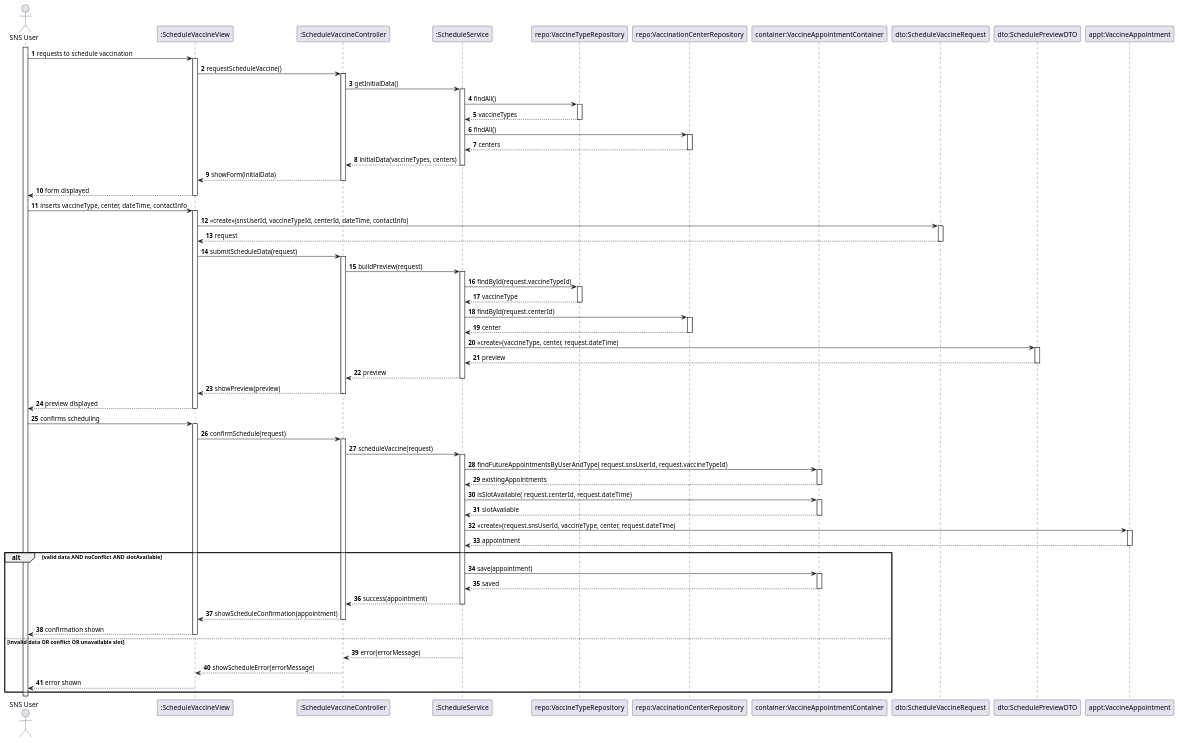
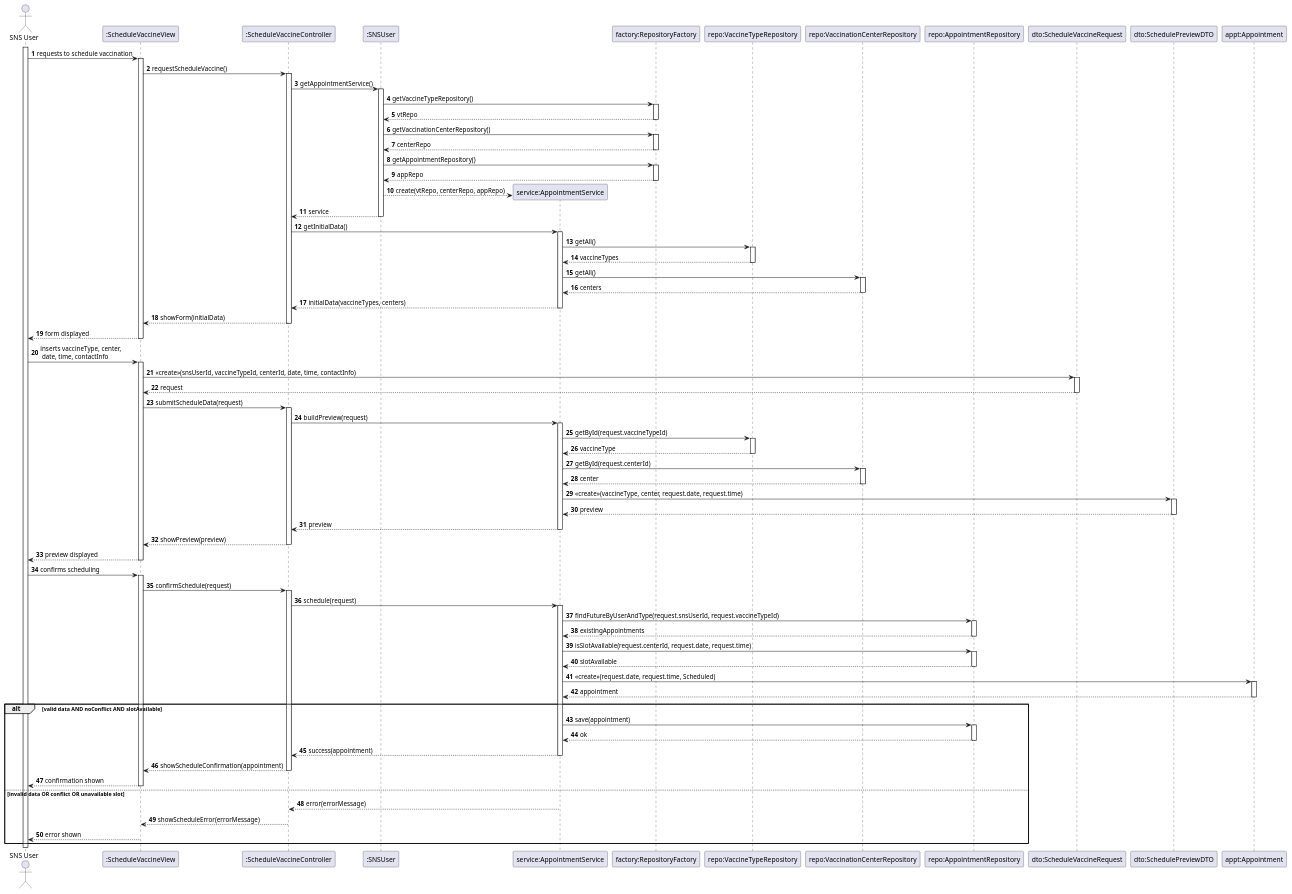
One commit to luluisfcm/leti-esoft-25-26-B5 changed the diagram in docs/system-documentation/US30/puml/US30-SD.puml. Above: the diagram before and after it, drawn with PlantUML. The commit also changed 19 other files, not shown here.

```diff
--- a/docs/system-documentation/US30/puml/US30-SD.puml
+++ b/docs/system-documentation/US30/puml/US30-SD.puml
@@ -1,77 +1,88 @@
 @startuml
 'https://plantuml.com/sequence-diagram
 autoactivate on
 autonumber
 
 actor "SNS User" as User
 participant ":ScheduleVaccineView" as View
 participant ":ScheduleVaccineController" as Ctrl
-participant ":ScheduleService" as Service
+participant ":SNSUser" as SNSUser
+participant "service:AppointmentService" as Service
+participant "factory:RepositoryFactory" as Factory
 participant "repo:VaccineTypeRepository" as VTRepo
 participant "repo:VaccinationCenterRepository" as CenterRepo
-participant "container:VaccineAppointmentContainer" as AppContainer
+participant "repo:AppointmentRepository" as AppRepo
 participant "dto:ScheduleVaccineRequest" as Request
 participant "dto:SchedulePreviewDTO" as Preview
-participant "appt:VaccineAppointment" as Appointment
+participant "appt:Appointment" as Appointment
 
 activate User
 
 ' --- STEP 1: User opens the scheduling feature ---
 User -> View: requests to schedule vaccination
 View -> Ctrl: requestScheduleVaccine()
+
+Ctrl -> SNSUser: getAppointmentService()
+SNSUser -> Factory: getVaccineTypeRepository()
+Factory --> SNSUser: vtRepo
+SNSUser -> Factory: getVaccinationCenterRepository()
+Factory --> SNSUser: centerRepo
+SNSUser -> Factory: getAppointmentRepository()
+Factory --> SNSUser: appRepo
+SNSUser --> Service**: create(vtRepo, centerRepo, appRepo)
+SNSUser --> Ctrl: service
+
 Ctrl -> Service: getInitialData()
-Service -> VTRepo: findAll()
+Service -> VTRepo: getAll()
 VTRepo --> Service: vaccineTypes
-Service -> CenterRepo: findAll()
+Service -> CenterRepo: getAll()
 CenterRepo --> Service: centers
 Service --> Ctrl: initialData(vaccineTypes, centers)
 Ctrl --> View: showForm(initialData)
 View --> User: form displayed
 
 ' --- STEP 2: User fills in the scheduling data ---
-User -> View: inserts vaccineType, center, dateTime, contactInfo
-View -> Request: «create»(snsUserId, vaccineTypeId, centerId, dateTime, contactInfo)
+User -> View: inserts vaccineType, center,\n date, time, contactInfo
+View -> Request: «create»(snsUserId, vaccineTypeId, centerId, date, time, contactInfo)
 Request --> View: request
 View -> Ctrl: submitScheduleData(request)
 
 Ctrl -> Service: buildPreview(request)
-Service -> VTRepo: findById(request.vaccineTypeId)
+Service -> VTRepo: getById(request.vaccineTypeId)
 VTRepo --> Service: vaccineType
-Service -> CenterRepo: findById(request.centerId)
+Service -> CenterRepo: getById(request.centerId)
 CenterRepo --> Service: center
-Service -> Preview: «create»(vaccineType, center, request.dateTime)
+Service -> Preview: «create»(vaccineType, center, request.date, request.time)
 Preview --> Service: preview
 Service --> Ctrl: preview
 Ctrl --> View: showPreview(preview)
 View --> User: preview displayed
 
 ' --- STEP 3: User confirms the scheduling ---
 User -> View: confirms scheduling
 View -> Ctrl: confirmSchedule(request)
-Ctrl -> Service: scheduleVaccine(request)
+Ctrl -> Service: schedule(request)
 
 ' --- STEP 4: Business rule validation & appointment creation ---
-Service -> AppContainer: findFutureAppointmentsByUserAndType(  request.snsUserId,  request.vaccineTypeId)
-AppContainer --> Service: existingAppointments
+Service -> AppRepo: findFutureByUserAndType(request.snsUserId, request.vaccineTypeId)
+AppRepo --> Service: existingAppointments
 
-Service -> AppContainer: isSlotAvailable(  request.centerId,  request.dateTime)
-AppContainer --> Service: slotAvailable
+Service -> AppRepo: isSlotAvailable(request.centerId, request.date, request.time)
+AppRepo --> Service: slotAvailable
 
-Service -> Appointment: «create»(request.snsUserId, vaccineType, center, request.dateTime)
+Service -> Appointment: «create»(request.date, request.time, Scheduled)
 Appointment --> Service: appointment
 
-' (Service now knows if scheduling is valid or not and has the appointment instance)
-
 alt valid data AND noConflict AND slotAvailable
-    Service -> AppContainer: save(appointment)
-    AppContainer --> Service: saved
+    Service -> AppRepo: save(appointment)
+    AppRepo --> Service: ok
     Service --> Ctrl: success(appointment)
     Ctrl --> View: showScheduleConfirmation(appointment)
     View --> User: confirmation shown
 else invalid data OR conflict OR unavailable slot
     Service --> Ctrl: error(errorMessage)
     Ctrl --> View: showScheduleError(errorMessage)
     View --> User: error shown
 end
 
 @enduml
```
